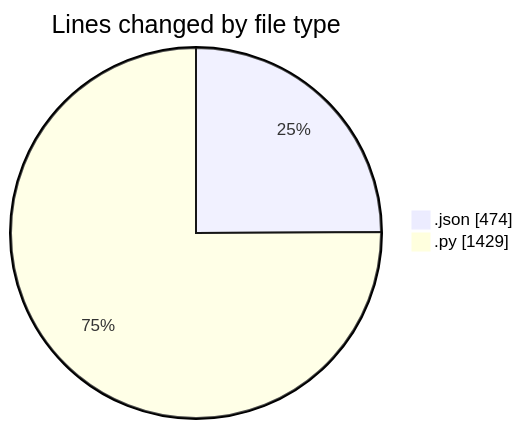
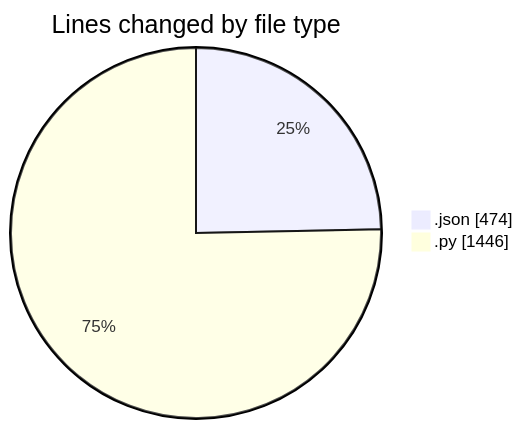
The first of 2 diagrams in 2025-02-19/myws__workspace_/README.md (MatusMokan/code-tracking), drawn with Mermaid before and after one commit. The commit also changed other lines of this file and 1 other file, not shown here.

````diff
--- a/2025-02-19/myws__workspace_/README.md
+++ b/2025-02-19/myws__workspace_/README.md
@@ -26,6 +26,6 @@
 ```mermaid
 pie showData
 title Lines changed by file type
 ".json" : 474
-".py" : 1429
+".py" : 1446
 ```
````
